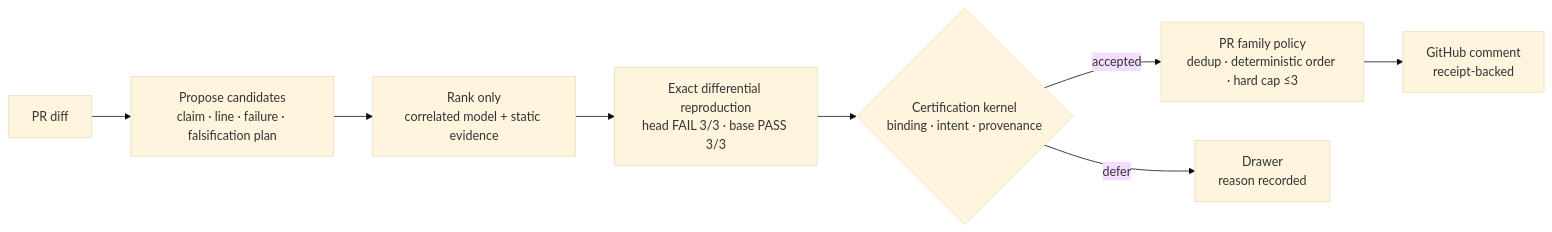
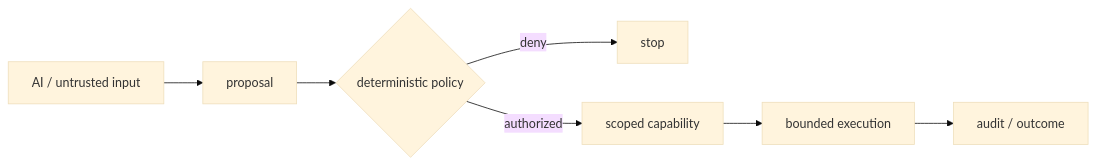
Before and after one commit to IcantFind-a-username/IcantFind-a-username: the diagram in README.md, drawn with Mermaid (base theme). The commit also changed other lines of this file, not shown here.

````diff
--- a/README.md
+++ b/README.md
@@ -184,10 +36,9 @@
 ```mermaid
 flowchart LR
-    A["PR diff"] --> B["Propose candidates<br/>claim · line · failure · falsification plan"]
-    B --> C["Rank only<br/>correlated model + static evidence"]
-    C --> V["Exact differential reproduction<br/>head FAIL 3/3 · base PASS 3/3"]
-    V --> K{"Certification kernel<br/>binding · intent · provenance"}
-    K -->|accepted| P["PR family policy<br/>dedup · deterministic order · hard cap ≤3"]
-    K -->|defer| G["Drawer<br/>reason recorded"]
-    P --> E["GitHub comment<br/>receipt-backed"]
+    A["AI / untrusted input"] --> B["proposal"]
+    B --> C{"deterministic policy"}
+    C -->|deny| D["stop"]
+    C -->|authorized| E["scoped capability"]
+    E --> F["bounded execution"]
+    F --> G["audit / outcome"]
 ```
````
